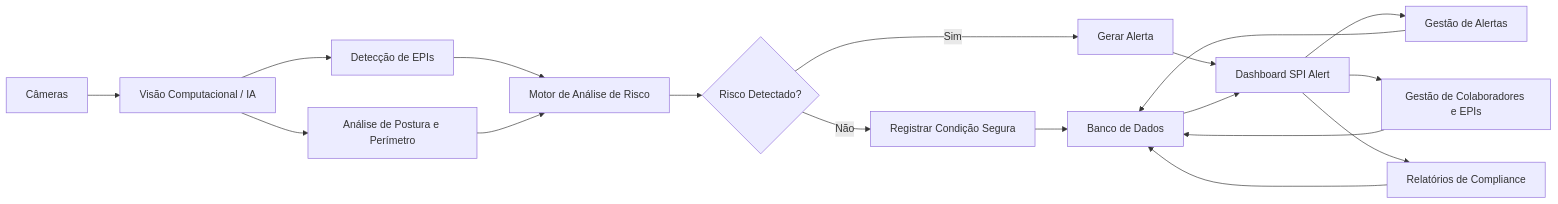
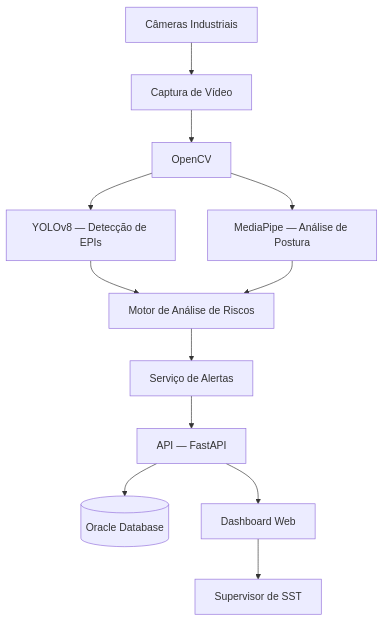
The ninth of 9 diagrams in DIAGRAMAS.md (joao-baldini/Challenge-Sprint-1-Engenharia-de-Sofware), drawn with Mermaid before and after one commit. The commit also changed other lines of this file, not shown here.

Commit message:
Atualiza diagramas Sprint 4

````diff
--- a/DIAGRAMAS.md
+++ b/DIAGRAMAS.md
@@ -288,30 +477,17 @@
 ```mermaid
-flowchart LR
+flowchart TD
+    A[Câmeras Industriais] --> B[Captura de Vídeo]
+    B --> C[OpenCV]
 
-    A["Câmeras"] --> B["Visão Computacional / IA"]
+    C --> D[YOLOv8 — Detecção de EPIs]
+    C --> E[MediaPipe — Análise de Postura]
 
-    B --> C["Detecção de EPIs"]
-    B --> D["Análise de Postura e Perímetro"]
+    D --> F[Motor de Análise de Riscos]
+    E --> F
 
-    C --> E["Motor de Análise de Risco"]
-    D --> E
-
-    E --> F{Risco Detectado?}
-
-    F -- Não --> G["Registrar Condição Segura"]
-
-    F -- Sim --> H["Gerar Alerta"]
-
-    H --> I["Dashboard SPI Alert"]
-
-    I --> J["Gestão de Alertas"]
-    I --> K["Gestão de Colaboradores e EPIs"]
-    I --> L["Relatórios de Compliance"]
-
-    J --> M["Banco de Dados"]
-    K --> M
-    L --> M
-    G --> M
-
-    M --> I
+    F --> G[Serviço de Alertas]
+    G --> H[API — FastAPI]
+    H --> I[(Oracle Database)]
+    H --> J[Dashboard Web]
+    J --> K[Supervisor de SST]
 ```
````
